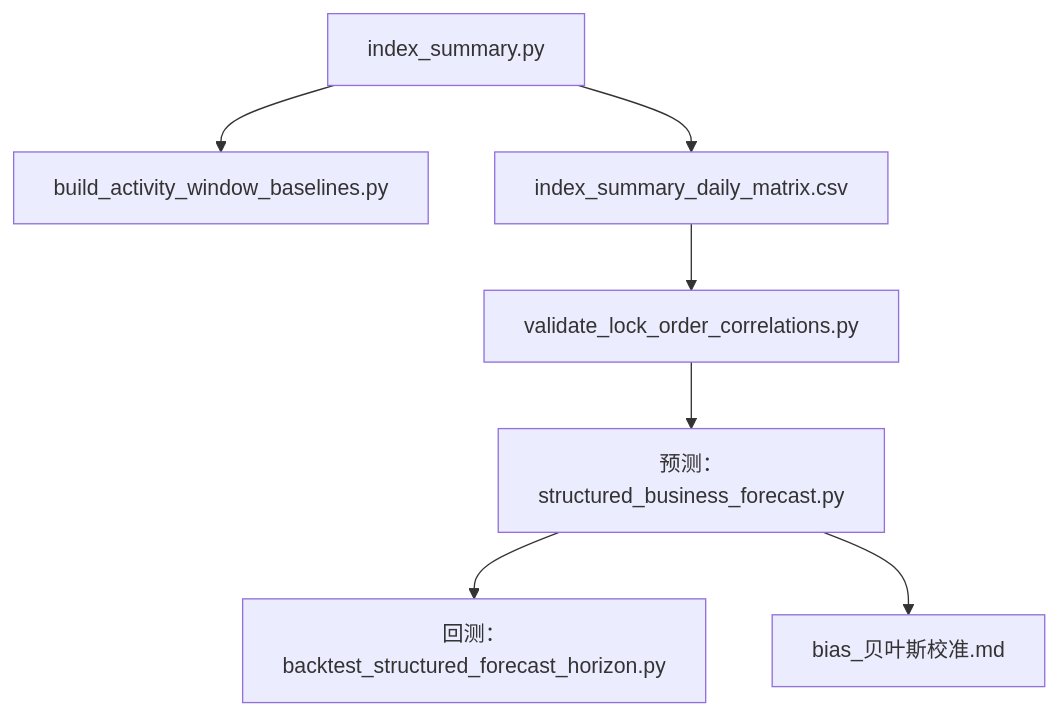
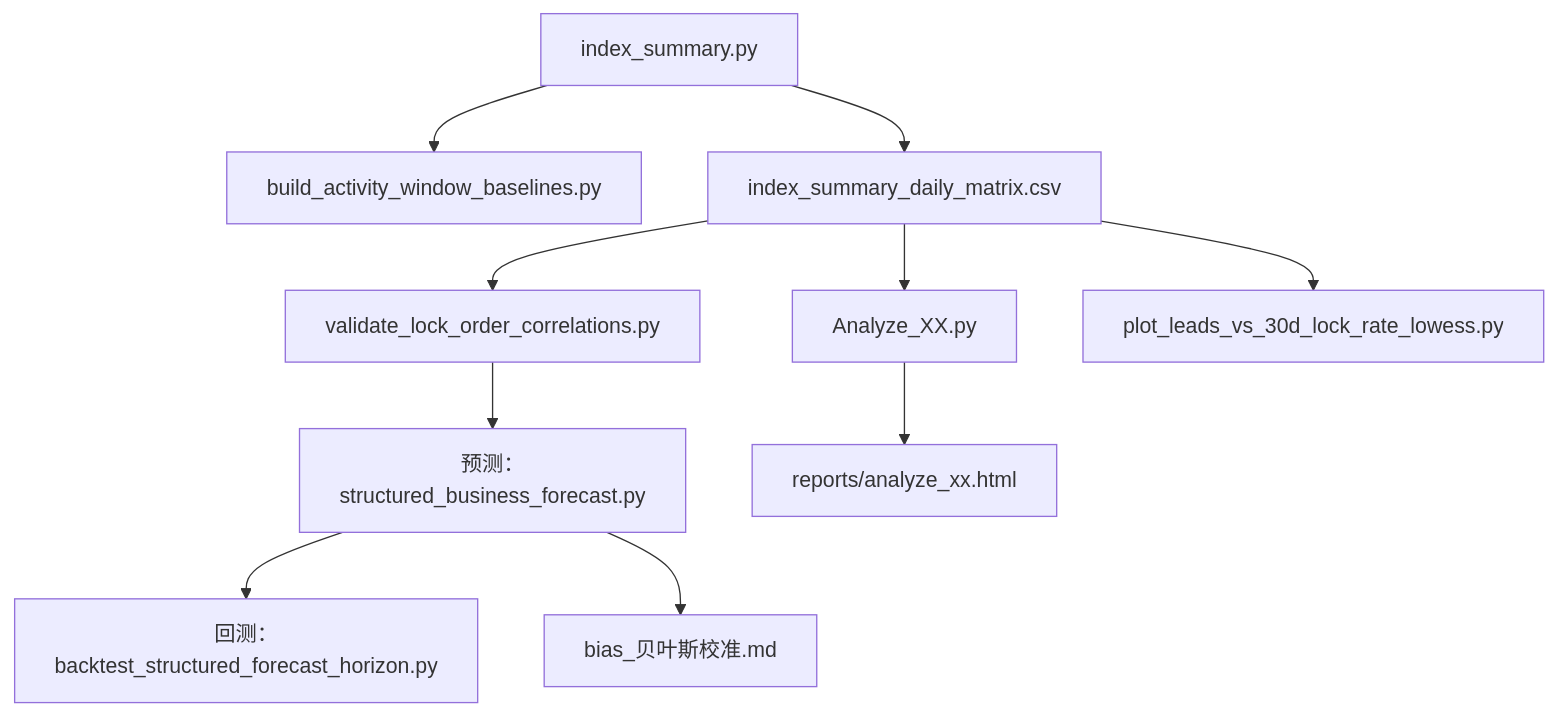
The diagram in scripts/脚本说明.md (zhangzihaoDT/AnaAssistant), drawn with Mermaid before and after one commit. The commit also changed other lines of this file and 4 other files, not shown here.

````diff
--- a/scripts/脚本说明.md
+++ b/scripts/脚本说明.md
@@ -9,9 +11,12 @@
 ```mermaid
 flowchart
   index_summary[index_summary.py] --> build_activity_window_baselines[build_activity_window_baselines.py]
   index_summary --> index_summary_daily_matrix[index_summary_daily_matrix.csv]
+  index_summary_daily_matrix --> analyze_xx[Analyze_XX.py]
   index_summary_daily_matrix --> validate_lock_order_correlations[validate_lock_order_correlations.py]
+  index_summary_daily_matrix --> plot_lowess[plot_leads_vs_30d_lock_rate_lowess.py]
   validate_lock_order_correlations --> structured_business_forecast[预测：structured_business_forecast.py]
   structured_business_forecast --> backtest_structured_forecast_horizon[回测：backtest_structured_forecast_horizon.py]
   structured_business_forecast --> bayes_bias_doc[bias_贝叶斯校准.md]
+  analyze_xx --> analyze_report[reports/analyze_xx.html]
 ```
````
